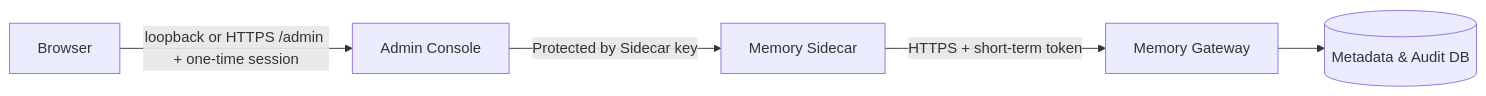
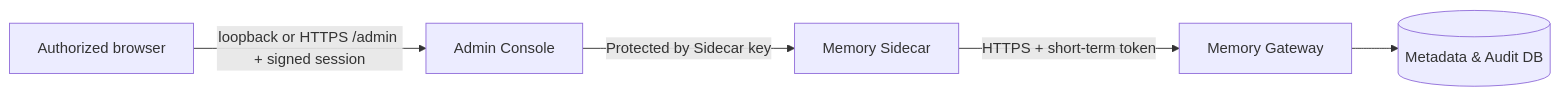
The second of 2 diagrams in docs/en/design-v2.md (Buildlee/agent-memory-gateway), drawn with Mermaid before and after one commit. The commit also changed other lines of this file and 20 other files, not shown here.

````diff
--- a/docs/en/design-v2.md
+++ b/docs/en/design-v2.md
@@ -270,7 +270,7 @@
 ```mermaid
 flowchart LR
-  B["Browser"] -->|"loopback or HTTPS /admin + one-time session"| C["Admin Console"]
+  B["Authorized browser"] -->|"loopback or HTTPS /admin + signed session"| C["Admin Console"]
   C -->|"Protected by Sidecar key"| S["Memory Sidecar"]
   S -->|"HTTPS + short-term token"| G["Memory Gateway"]
   G --> M[("Metadata & Audit DB")]
 ```
````
